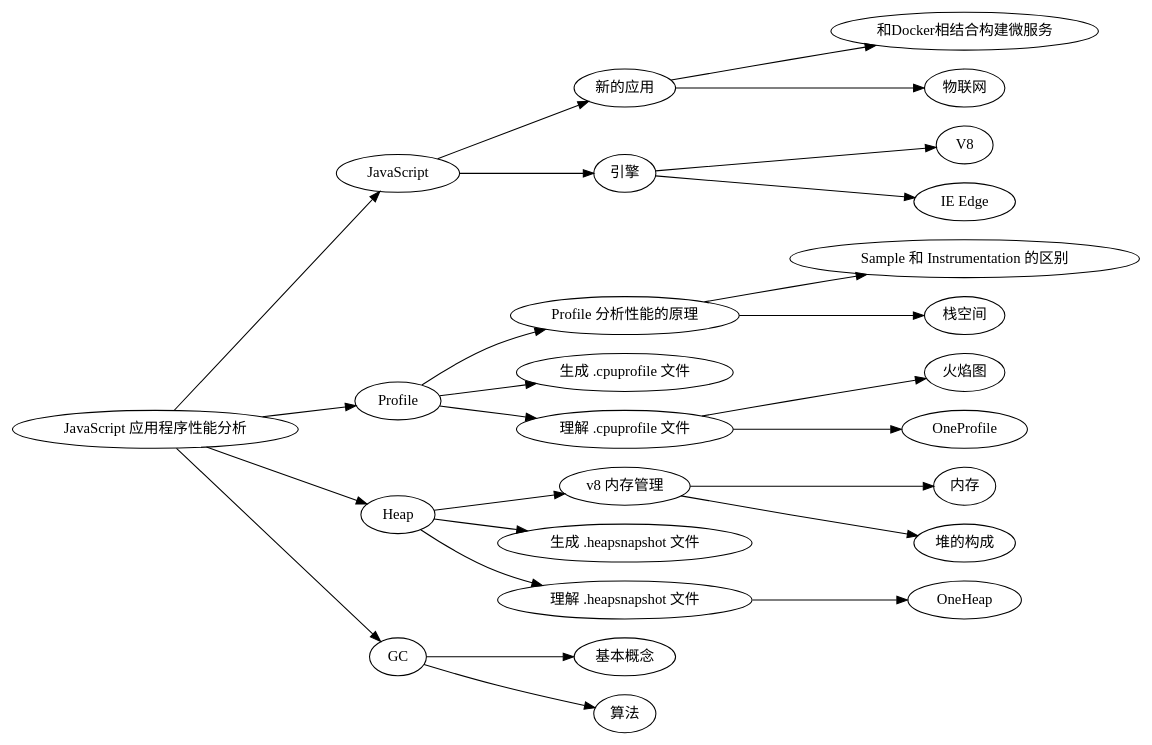
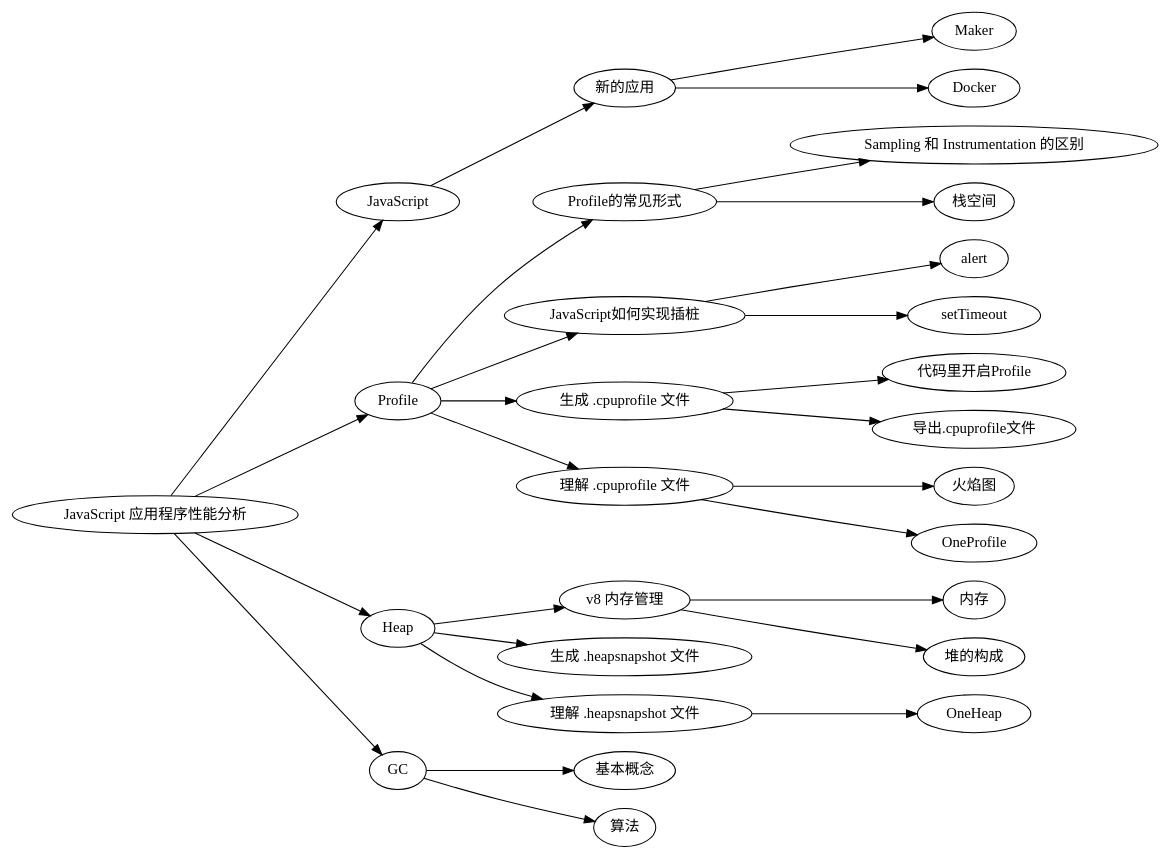
Before and after one commit to longtian/stuq_workshop: the diagram in Contents.dot, drawn with Graphviz. The commit also changed 9 other files, not shown here.

```diff
--- a/Contents.dot
+++ b/Contents.dot
@@ -1,18 +1,18 @@
 digraph{
 	rankdir=LR
 
 	"JavaScript 应用程序性能分析"->"JavaScript","Profile","Heap","GC"
-  	"JavaScript"->"新的应用","引擎"
-	  "新的应用"->"和Docker相结合构建微服务","物联网"
-	  "引擎"->"V8","IE Edge"
+  	"JavaScript"->"新的应用"
+	"新的应用"->"Maker","Docker"
 
-	"Profile"->"Profile 分析性能的原理"->"Sample 和 Instrumentation 的区别","栈空间"
-	"Profile"->"生成 .cpuprofile 文件"
+	"Profile"->"Profile的常见形式"->"Sampling 和 Instrumentation 的区别","栈空间"
+	"Profile"->"JavaScript如何实现插桩"->"alert","setTimeout"
+	"Profile"->"生成 .cpuprofile 文件"->"代码里开启Profile","导出.cpuprofile文件"
 	"Profile"->"理解 .cpuprofile 文件"->"火焰图","OneProfile"
 
 	"Heap"   ->"v8 内存管理" ->"内存","堆的构成"
 	"Heap"   ->"生成 .heapsnapshot 文件"
 	"Heap"   ->"理解 .heapsnapshot 文件"->"OneHeap"
 
 	"GC"     ->"基本概念","算法"
 }
```
